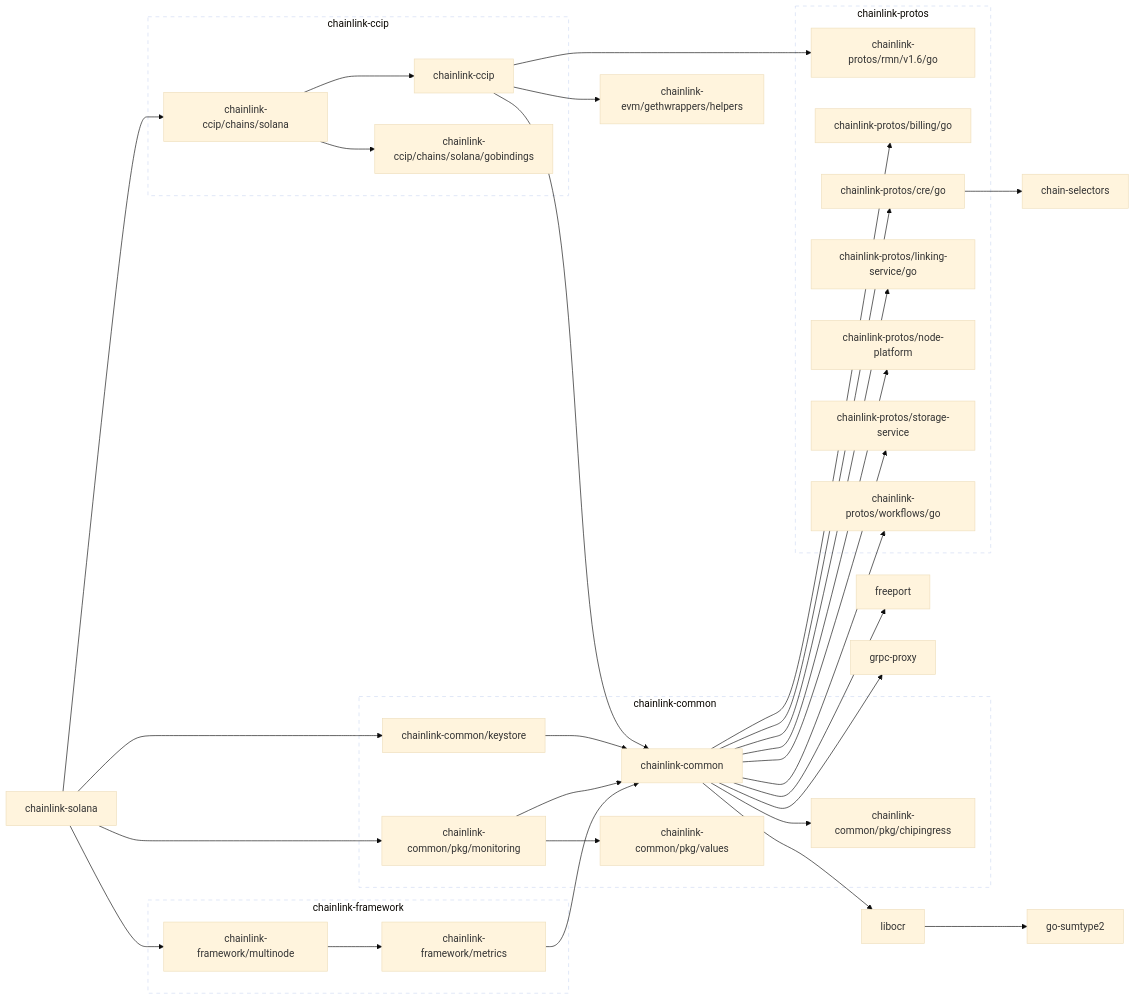
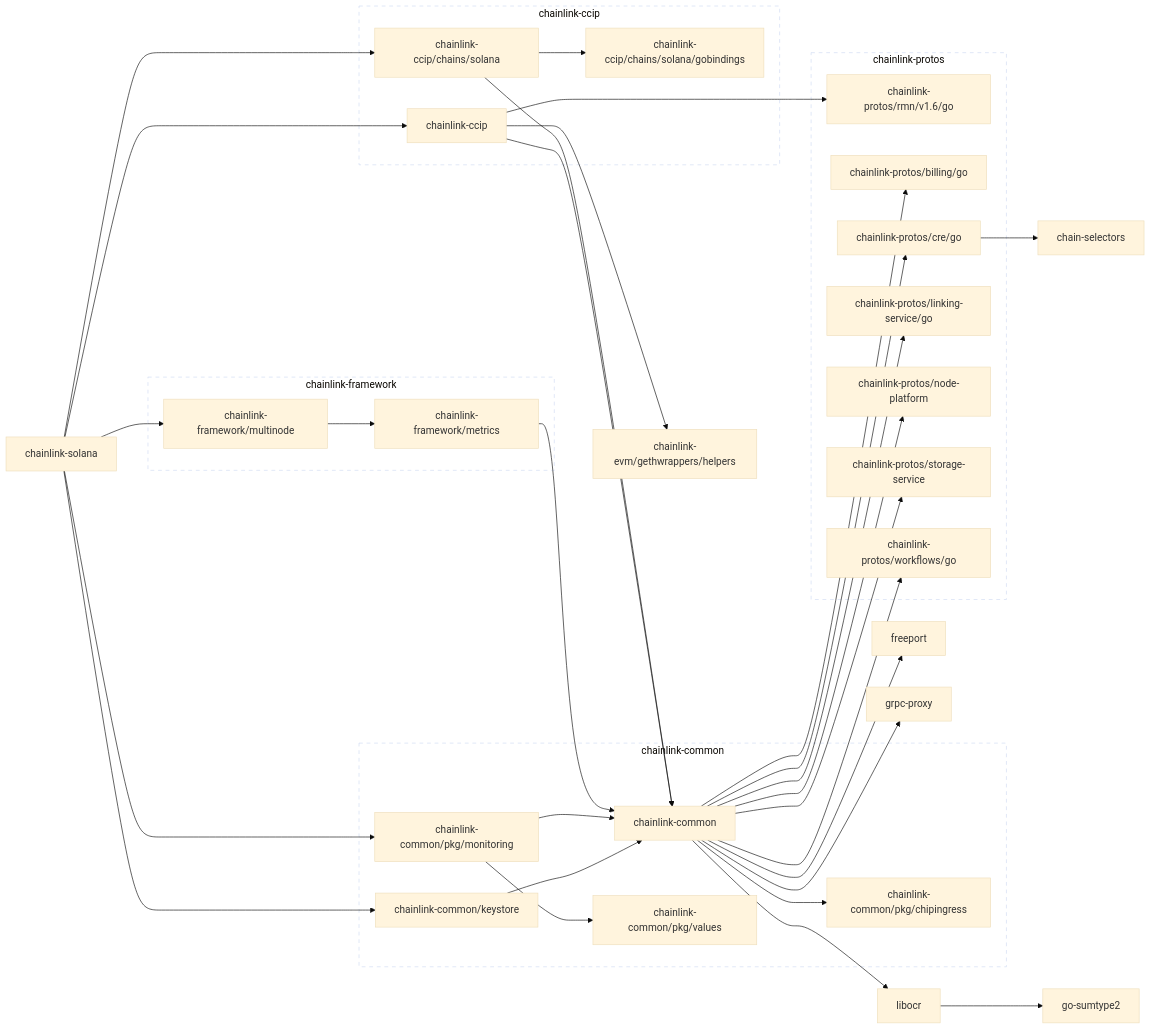
Before and after one commit to smartcontractkit/chainlink-solana: the first of 2 diagrams in go.md, drawn with Mermaid (base theme). The commit also changed other lines of this file and 62 other files, not shown here.

```diff
--- a/go.md
+++ b/go.md
@@ -9,8 +9,8 @@
 	chainlink-ccip --> chainlink-evm/gethwrappers/helpers
 	chainlink-ccip --> chainlink-protos/rmn/v1.6/go
 	click chainlink-ccip href "https://github.com/smartcontractkit/chainlink-ccip"
-	chainlink-ccip/chains/solana --> chainlink-ccip
 	chainlink-ccip/chains/solana --> chainlink-ccip/chains/solana/gobindings
+	chainlink-ccip/chains/solana --> chainlink-common
 	click chainlink-ccip/chains/solana href "https://github.com/smartcontractkit/chainlink-ccip"
 	chainlink-ccip/chains/solana/gobindings
 	click chainlink-ccip/chains/solana/gobindings href "https://github.com/smartcontractkit/chainlink-ccip"
@@ -54,6 +54,7 @@
 	click chainlink-protos/storage-service href "https://github.com/smartcontractkit/chainlink-protos"
 	chainlink-protos/workflows/go
 	click chainlink-protos/workflows/go href "https://github.com/smartcontractkit/chainlink-protos"
+	chainlink-solana --> chainlink-ccip
 	chainlink-solana --> chainlink-ccip/chains/solana
 	chainlink-solana --> chainlink-common/keystore
 	chainlink-solana --> chainlink-common/pkg/monitoring
```
